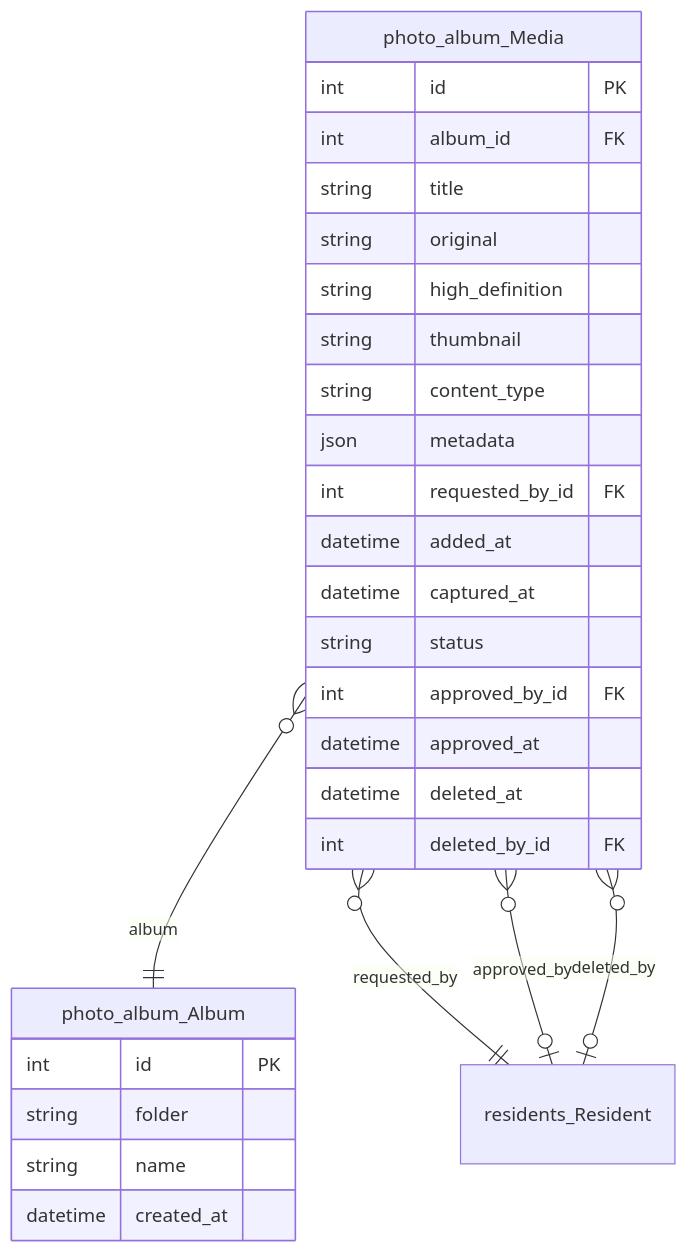
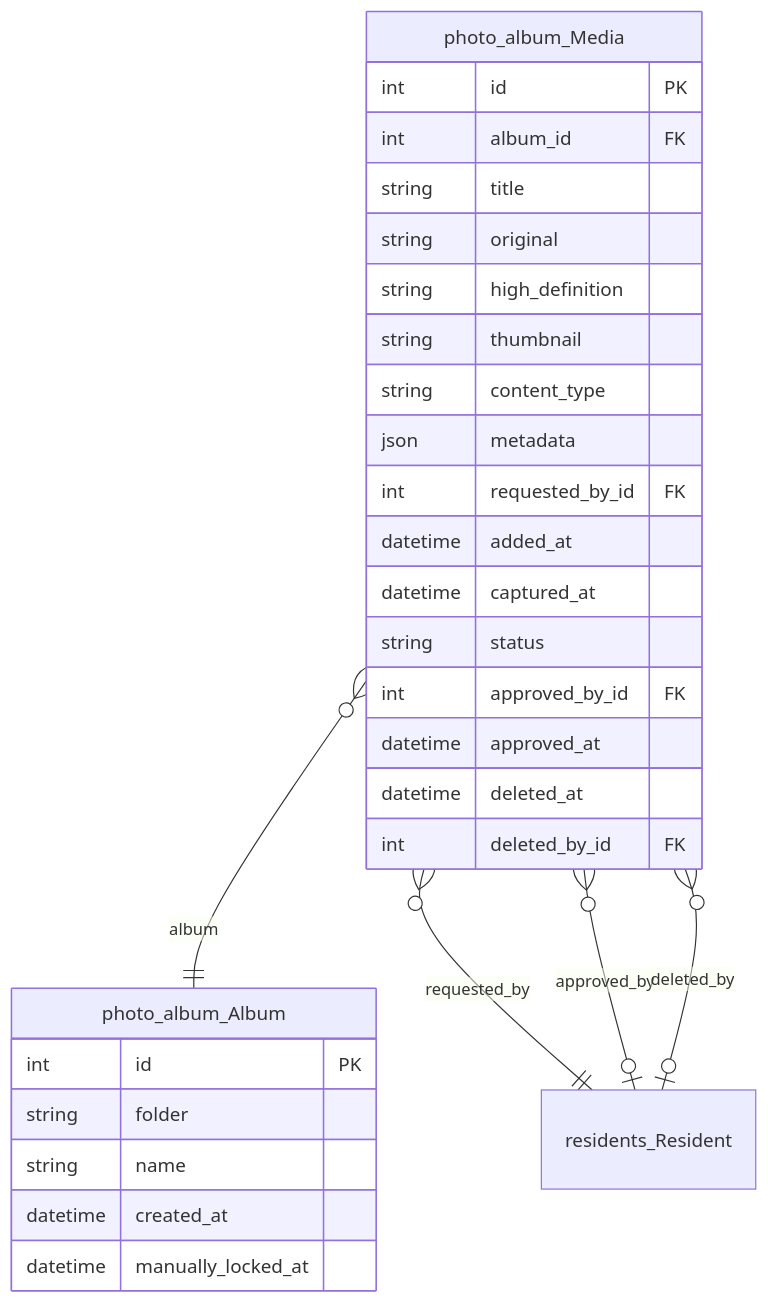
Diagram 11 of 15 in docs/erd.md (GAHK-org/gahk_intern), drawn with Mermaid before and after one commit. The commit also changed other lines of this file and 7 other files, not shown here.

````diff
--- a/docs/erd.md
+++ b/docs/erd.md
@@ -1151,35 +1152,36 @@
 ```mermaid
 erDiagram
     photo_album_Album {
         int id PK
         string folder
         string name
         datetime created_at
+        datetime manually_locked_at
     }
 
     photo_album_Media {
         int id PK
         int album_id FK
         string title
         string original
         string high_definition
         string thumbnail
         string content_type
         json metadata
         int requested_by_id FK
         datetime added_at
         datetime captured_at
         string status
         int approved_by_id FK
         datetime approved_at
         datetime deleted_at
         int deleted_by_id FK
     }
 
     residents_Resident { }
 
     photo_album_Media }o--|| photo_album_Album : "album"
     photo_album_Media }o--|| residents_Resident : "requested_by"
     photo_album_Media }o--|o residents_Resident : "approved_by"
     photo_album_Media }o--|o residents_Resident : "deleted_by"
 ```
````
